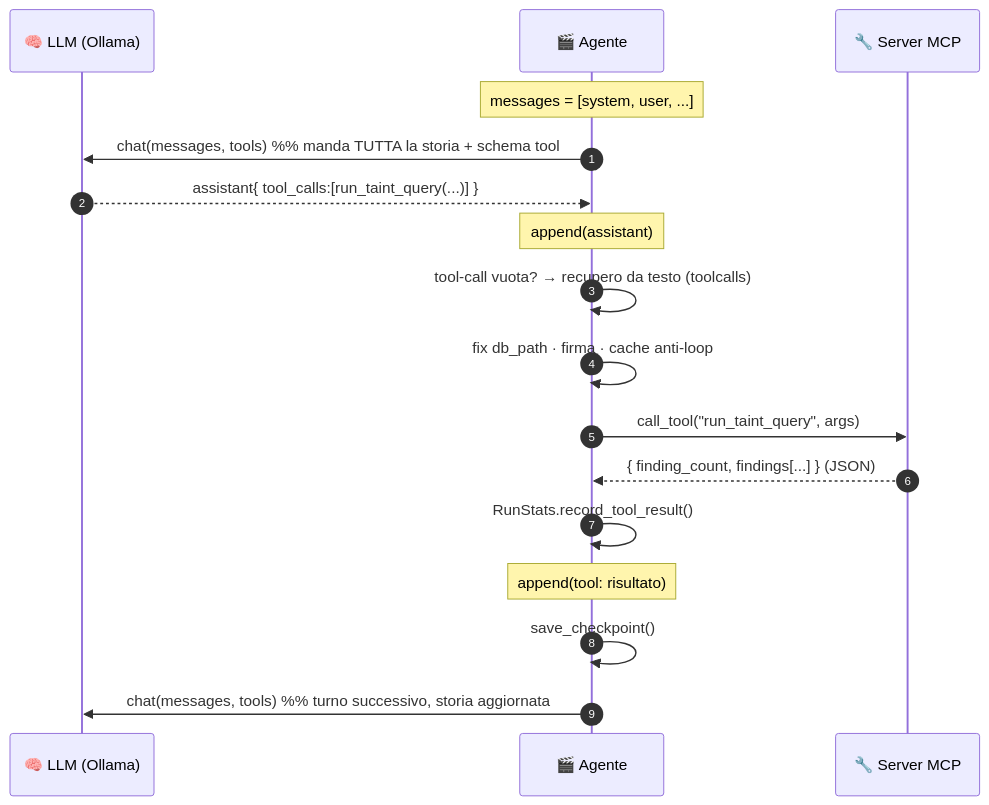
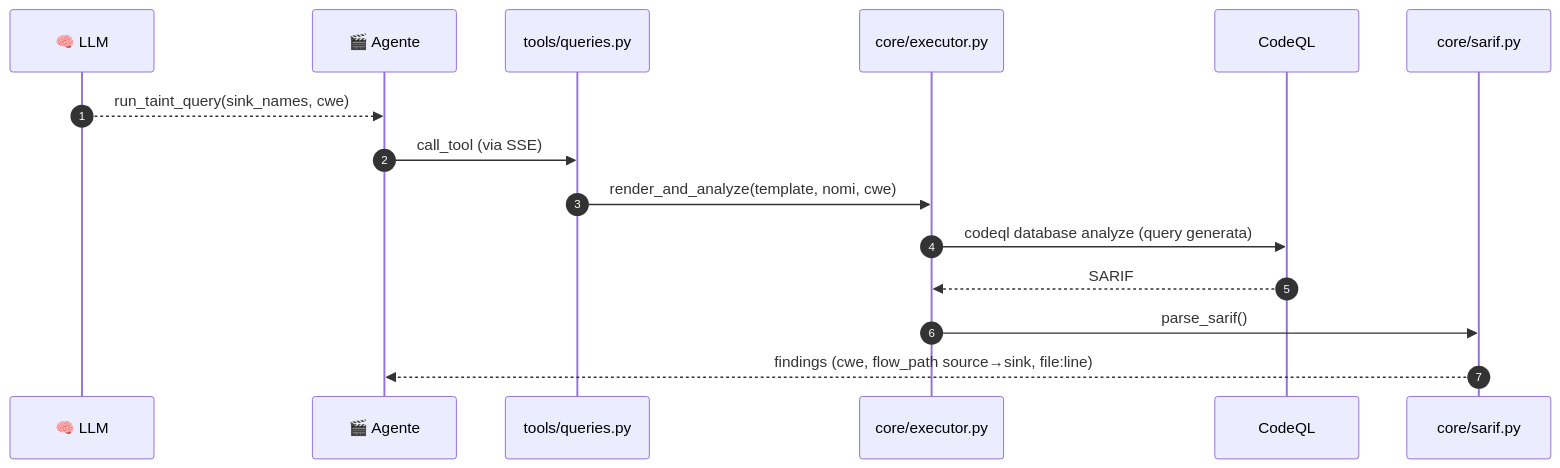
Diagram 11 of 15 in documentazione/agent.md (iris-cmd22/Sibyl), drawn with Mermaid before and after one commit. The commit also changed other lines of this file and 3 other files, not shown here.

````diff
--- a/documentazione/agent.md
+++ b/documentazione/agent.md
@@ -738,19 +451,17 @@
 ```mermaid
 sequenceDiagram
     autonumber
-    participant LLM as 🧠 LLM (Ollama)
+    participant LLM as 🧠 LLM
     participant AG as 🎬 Agente
-    participant SRV as 🔧 Server MCP
-    Note over AG: messages = [system, user, ...]
-    AG->>LLM: chat(messages, tools)   %% manda TUTTA la storia + schema tool
-    LLM-->>AG: assistant{ tool_calls:[run_taint_query(...)] }
-    Note over AG: append(assistant)
-    AG->>AG: tool-call vuota? → recupero da testo (toolcalls)
-    AG->>AG: fix db_path · firma · cache anti-loop
-    AG->>SRV: call_tool("run_taint_query", args)
-    SRV-->>AG: { finding_count, findings[...] }  (JSON)
-    AG->>AG: RunStats.record_tool_result()
-    Note over AG: append(tool: risultato)
-    AG->>AG: save_checkpoint()
-    AG->>LLM: chat(messages, tools)   %% turno successivo, storia aggiornata
+    participant Q as tools/queries.py
+    participant EX as core/executor.py
+    participant CQ as CodeQL
+    participant SA as core/sarif.py
+    LLM-->>AG: run_taint_query(sink_names, cwe)
+    AG->>Q: call_tool (via SSE)
+    Q->>EX: render_and_analyze(template, nomi, cwe)
+    EX->>CQ: codeql database analyze (query generata)
+    CQ-->>EX: SARIF
+    EX->>SA: parse_sarif()
+    SA-->>AG: findings (cwe, flow_path source→sink, file:line)
 ```
````
